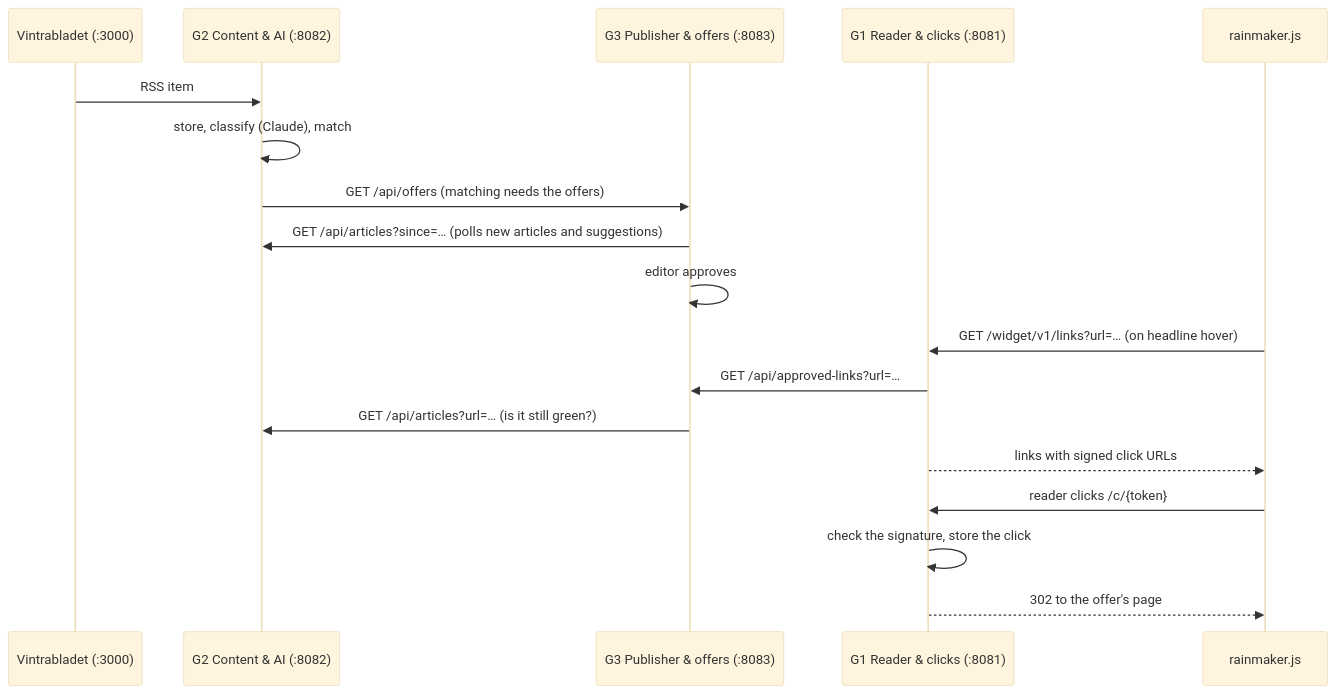
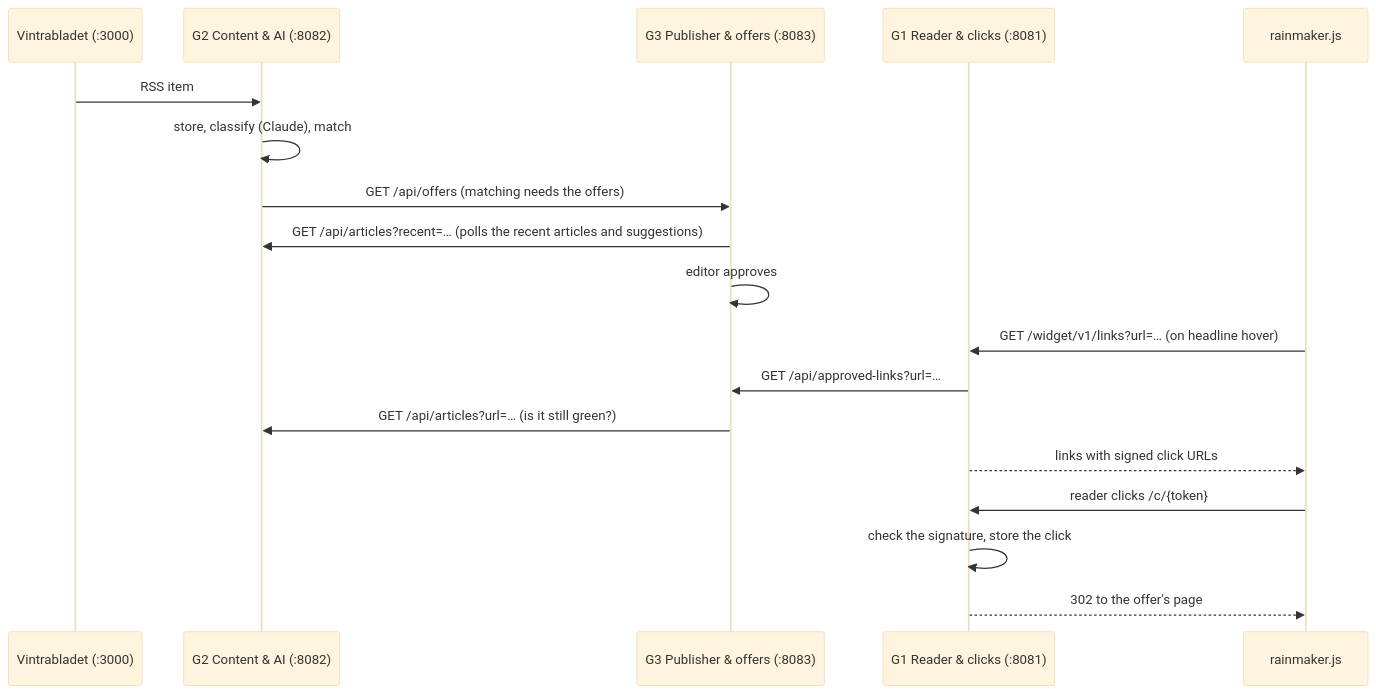
The diagram in docs/rainmaker/contract.md (Greywolves-se/rainmaker), drawn with Mermaid (base theme) before and after one commit. The commit also changed other lines of this file and 1 other file, not shown here.

First line of the commit message:
docs(#202): G3 polls a snapshot of the recent articles instead of changes since

````diff
--- a/docs/rainmaker/contract.md
+++ b/docs/rainmaker/contract.md
@@ -11,20 +11,20 @@
 ```mermaid
 sequenceDiagram
     participant Site as Vintrabladet (:3000)
     participant G2 as G2 Content & AI (:8082)
     participant G3 as G3 Publisher & offers (:8083)
     participant G1 as G1 Reader & clicks (:8081)
     participant JS as rainmaker.js
     Site->>G2: RSS item
     G2->>G2: store, classify (Claude), match
     G2->>G3: GET /api/offers (matching needs the offers)
-    G3->>G2: GET /api/articles?since=… (polls new articles and suggestions)
+    G3->>G2: GET /api/articles?recent=… (polls the recent articles and suggestions)
     G3->>G3: editor approves
     JS->>G1: GET /widget/v1/links?url=… (on headline hover)
     G1->>G3: GET /api/approved-links?url=…
     G3->>G2: GET /api/articles?url=… (is it still green?)
     G1-->>JS: links with signed click URLs
     JS->>G1: reader clicks /c/{token}
     G1->>G1: check the signature, store the click
     G1-->>JS: 302 to the offer's page
 ```
````
